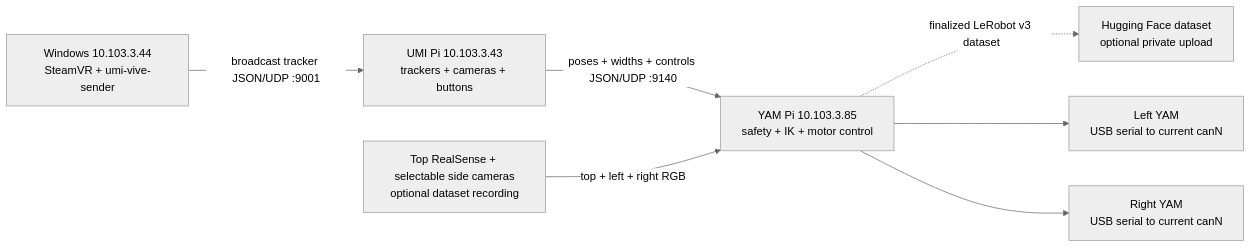
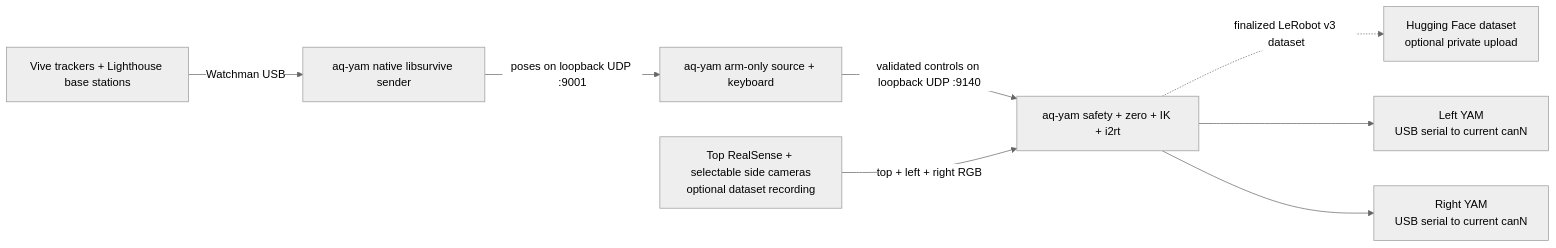
The diagram in README.md (AfterQuery-Research/umi-teleop), drawn with Mermaid (neutral theme) before and after one commit. The commit also changed other lines of this file and 17 other files, not shown here.

Commit message:
Add native Linux Vive teleoperation

````diff
--- a/README.md
+++ b/README.md
@@ -12,16 +12,18 @@
 ```mermaid
 flowchart LR
-    W["Windows 10.103.3.44<br/>SteamVR + umi-vive-sender"]
-    S["UMI Pi 10.103.3.43<br/>trackers + cameras + buttons"]
-    Y["YAM Pi 10.103.3.85<br/>safety + IK + motor control"]
+    V["Vive trackers + Lighthouse base stations"]
+    N["aq-yam native libsurvive sender"]
+    S["aq-yam arm-only source + keyboard"]
+    Y["aq-yam safety + zero + IK + i2rt"]
     C["Top RealSense + selectable side cameras<br/>optional dataset recording"]
     H["Hugging Face dataset<br/>optional private upload"]
     L["Left YAM<br/>USB serial to current canN"]
     R["Right YAM<br/>USB serial to current canN"]
-    W -->|"broadcast tracker JSON/UDP :9001"| S
-    S -->|"poses + widths + controls JSON/UDP :9140"| Y
+    V -->|"Watchman USB"| N
+    N -->|"poses on loopback UDP :9001"| S
+    S -->|"validated controls on loopback UDP :9140"| Y
     C -->|"top + left + right RGB"| Y
     Y -.->|"finalized LeRobot v3 dataset"| H
     Y --> L
     Y --> R
 ```
````
